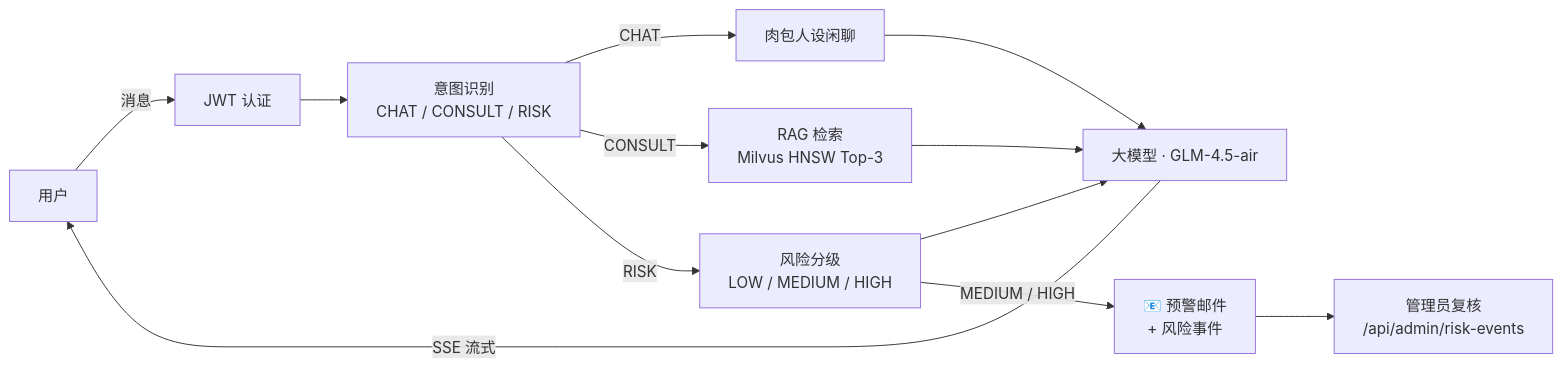
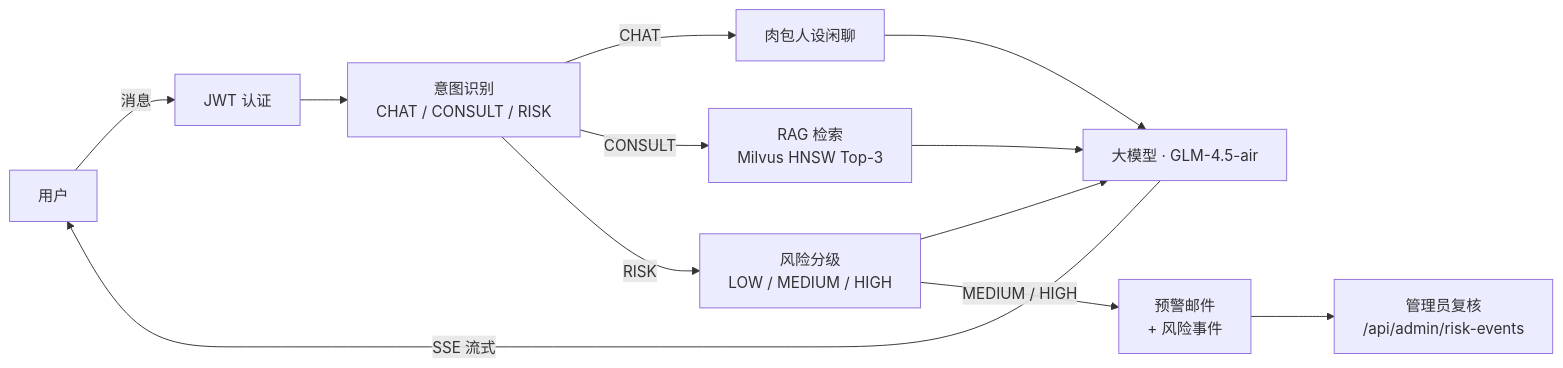
One commit to CharlsOliver-kws/Psychelink changed the diagram in README.zh-CN.md. Above: the diagram before and after it, drawn with Mermaid. The commit also changed other lines of this file and 5 other files, not shown here.

````diff
--- a/README.zh-CN.md
+++ b/README.zh-CN.md
@@ -55,14 +50,14 @@
 ```mermaid
 flowchart LR
     U[用户] -->|消息| AUTH[JWT 认证]
     AUTH --> IC[意图识别<br/>CHAT / CONSULT / RISK]
     IC -->|CHAT| P[肉包人设闲聊]
     IC -->|CONSULT| R[RAG 检索<br/>Milvus HNSW Top-3]
     IC -->|RISK| RG[风险分级<br/>LOW / MEDIUM / HIGH]
     R --> LLM[大模型 · GLM-4.5-air]
     RG --> LLM
-    RG -->|MEDIUM / HIGH| A[📧 预警邮件<br/>+ 风险事件]
+    RG -->|MEDIUM / HIGH| A[预警邮件<br/>+ 风险事件]
     P --> LLM
     LLM -->|SSE 流式| U
     A --> RV[管理员复核<br/>/api/admin/risk-events]
 ```
````
